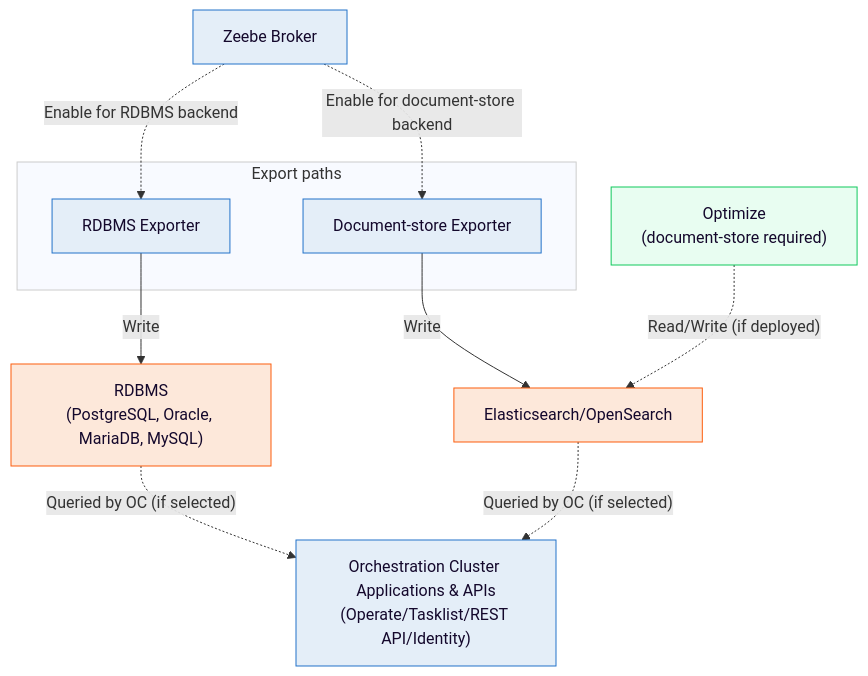
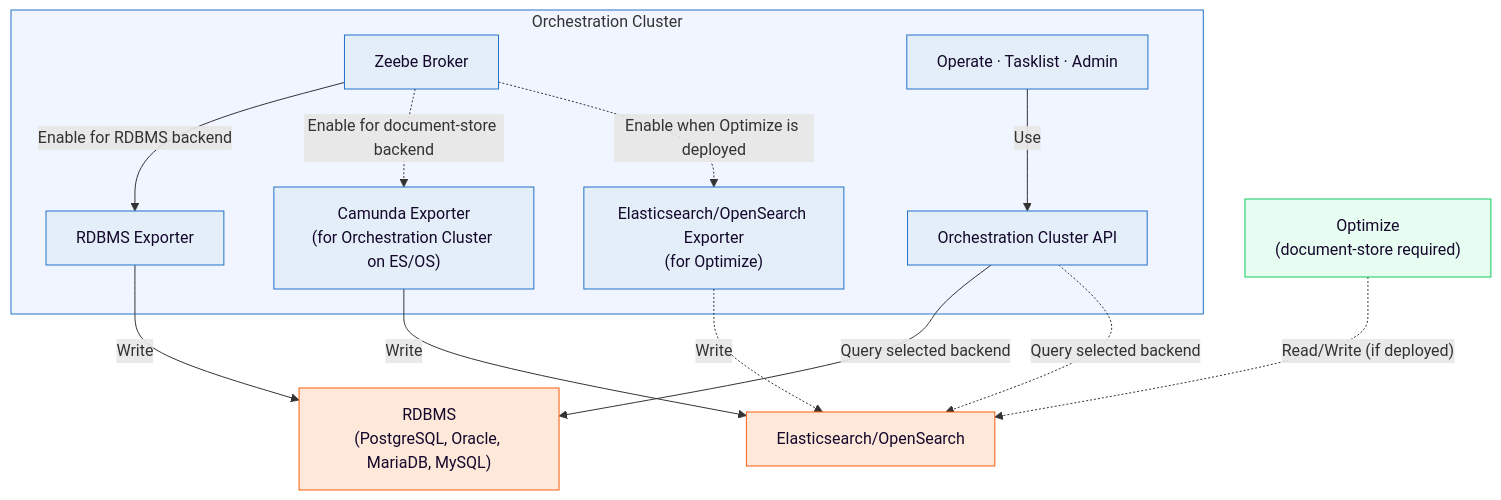
Before and after one commit to camunda/camunda-docs: the diagram in docs/self-managed/concepts/secondary-storage/index.md, drawn with Mermaid. The commit also changed other lines of this file and 4 other files, not shown here.

Commit message:
update diagrams/descriptions

````diff
--- a/docs/self-managed/concepts/secondary-storage/index.md
+++ b/docs/self-managed/concepts/secondary-storage/index.md
@@ -41,27 +39,34 @@
 ```mermaid
 graph TD
-    broker["Zeebe Broker"]
-    subgraph exporters["Export paths"]
+    subgraph oc["Orchestration Cluster"]
+        broker["Zeebe Broker"]
         exp_rdbms["RDBMS Exporter"]
-        exp_es["Document-store Exporter"]
+        exp_camunda["Camunda Exporter\n(for Orchestration Cluster on ES/OS)"]
+        exp_opt["Elasticsearch/OpenSearch Exporter\n(for Optimize)"]
+        api["Orchestration Cluster API"]
+        apps["Operate · Tasklist · Admin"]
     end
     rdbms["RDBMS\n(PostgreSQL, Oracle, MariaDB, MySQL)"]
     es["Elasticsearch/OpenSearch"]
-    oc["Orchestration Cluster Applications & APIs\n(Operate/Tasklist/REST API/Identity)"]
     opt["Optimize\n(document-store required)"]
-    broker -.->|"Enable for RDBMS backend"| exp_rdbms
-    broker -.->|"Enable for document-store backend"| exp_es
+    broker -->|"Enable for RDBMS backend"| exp_rdbms
+    broker -.->|"Enable for document-store backend"| exp_camunda
+    broker -.->|"Enable when Optimize is deployed"| exp_opt
     exp_rdbms -->|"Write"| rdbms
-    exp_es -->|"Write"| es
-    rdbms -.->|"Queried by OC (if selected)"| oc
-    es -.->|"Queried by OC (if selected)"| oc
+    exp_camunda -->|"Write"| es
+    exp_opt -.->|"Write"| es
+    apps -->|"Use"| api
+    api -->|"Query selected backend"| rdbms
+    api -.->|"Query selected backend"| es
     opt -.->|"Read/Write (if deployed)"| es
     style broker fill:#e4eef8,stroke:#2272c9,color:#14082c
     style exp_rdbms fill:#e4eef8,stroke:#2272c9,color:#14082c
-    style exp_es fill:#e4eef8,stroke:#2272c9,color:#14082c
+    style exp_camunda fill:#e4eef8,stroke:#2272c9,color:#14082c
+    style exp_opt fill:#e4eef8,stroke:#2272c9,color:#14082c
+    style api fill:#e4eef8,stroke:#2272c9,color:#14082c
+    style apps fill:#e4eef8,stroke:#2272c9,color:#14082c
     style rdbms fill:#fde8da,stroke:#fc5d0d,color:#14082c
     style es fill:#fde8da,stroke:#fc5d0d,color:#14082c
-    style exporters fill:#f8faff,stroke:#ccc
-    style oc fill:#e4eef8,stroke:#2272c9,color:#14082c
+    style oc fill:#f0f5ff,stroke:#2272c9
     style opt fill:#e8fdf1,stroke:#10c95d,color:#14082c
 ```
````
